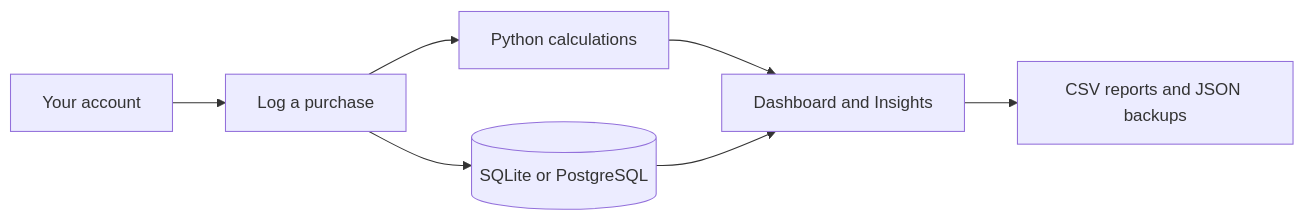
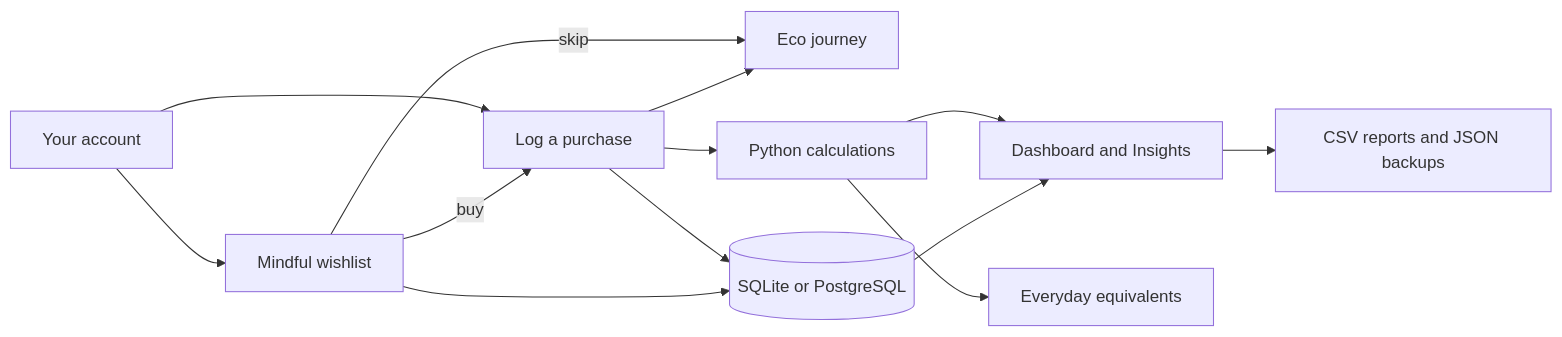
Before and after one commit to kavin-beep/IDAI102_1000527_ShopImpactAI_Kavin-K: the diagram in README.md, drawn with Mermaid. The commit also changed other lines of this file and 14 other files, not shown here.

````diff
--- a/README.md
+++ b/README.md
@@ -133,9 +150,15 @@
 ```mermaid
 flowchart LR
     A[Your account] --> B[Log a purchase]
+    A --> W[Mindful wishlist]
+    W -- buy --> B
+    W -- skip --> J[Eco journey]
     B --> C[Python calculations]
     C --> D[Dashboard and Insights]
+    C --> Q[Everyday equivalents]
+    B --> J
     B --> E[(SQLite or PostgreSQL)]
+    W --> E
     E --> D
     D --> F[CSV reports and JSON backups]
 ```
````
